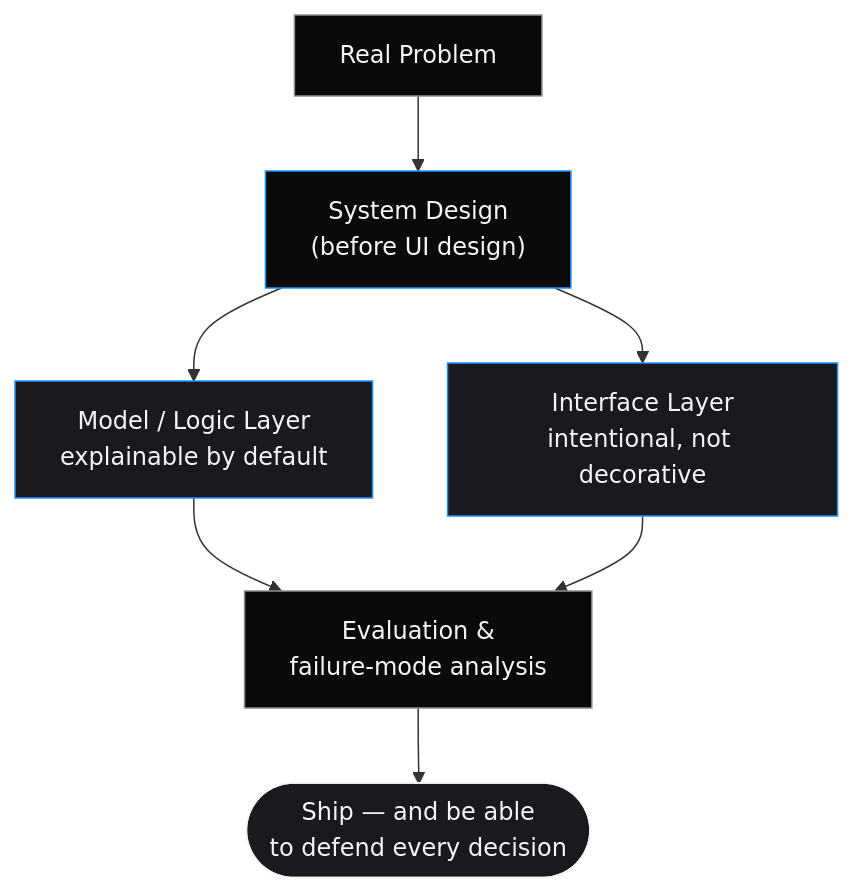
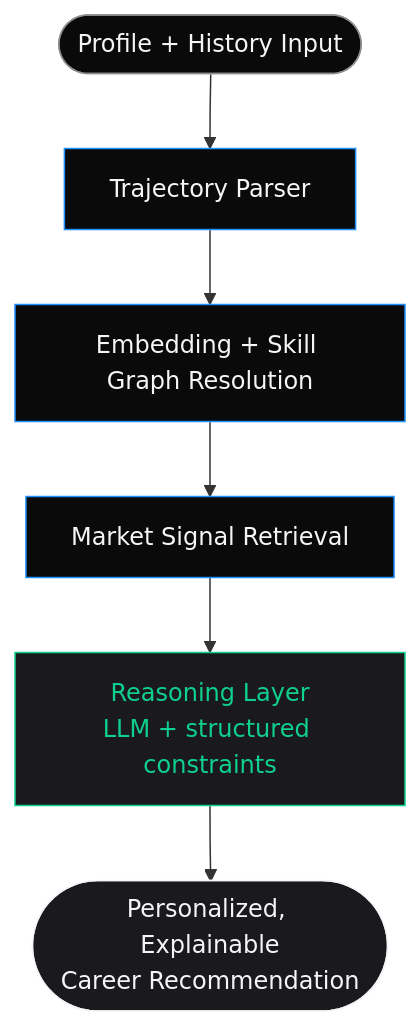
The second of 3 diagrams in README.md (thenameisbhagavan/thenameisbhagavan), drawn with Mermaid before and after one commit. The commit also changed other lines of this file, not shown here.

````diff
--- a/README.md
+++ b/README.md
@@ -215,16 +287,15 @@
 ```mermaid
 flowchart TD
-    P["Real Problem"] --> S["System Design\n(before UI design)"]
-    S --> M["Model / Logic Layer\nexplainable by default"]
-    S --> UI["Interface Layer\nintentional, not decorative"]
-    M --> E["Evaluation &\nfailure-mode analysis"]
-    UI --> E
-    E --> SH(["Ship — and be able\nto defend every decision"])
+    IN(["Profile + History Input"]) --> PARSE[Trajectory Parser]
+    PARSE --> EMB[Embedding + Skill Graph Resolution]
+    EMB --> RET[Market Signal Retrieval]
+    RET --> REASON[Reasoning Layer\nLLM + structured constraints]
+    REASON --> OUT(["Personalized, Explainable\nCareer Recommendation"])
 
-    style P fill:#0A0A0A,stroke:#8E8E93,color:#F5F5F7
-    style S fill:#0A0A0A,stroke:#1E90FF,color:#F5F5F7
-    style M fill:#1A1A1E,stroke:#1E90FF,color:#F5F5F7
-    style UI fill:#1A1A1E,stroke:#1E90FF,color:#F5F5F7
-    style E fill:#0A0A0A,stroke:#8E8E93,color:#F5F5F7
-    style SH fill:#1A1A1E,stroke:#F5F5F7,color:#F5F5F7
+    style IN fill:#0A0A0A,stroke:#8E8E93,color:#F5F5F7
+    style PARSE fill:#0A0A0A,stroke:#1E90FF,color:#F5F5F7
+    style EMB fill:#0A0A0A,stroke:#1E90FF,color:#F5F5F7
+    style RET fill:#0A0A0A,stroke:#1E90FF,color:#F5F5F7
+    style REASON fill:#1A1A1E,stroke:#0FD08C,color:#0FD08C
+    style OUT fill:#1A1A1E,stroke:#F5F5F7,color:#F5F5F7
 ```
````
